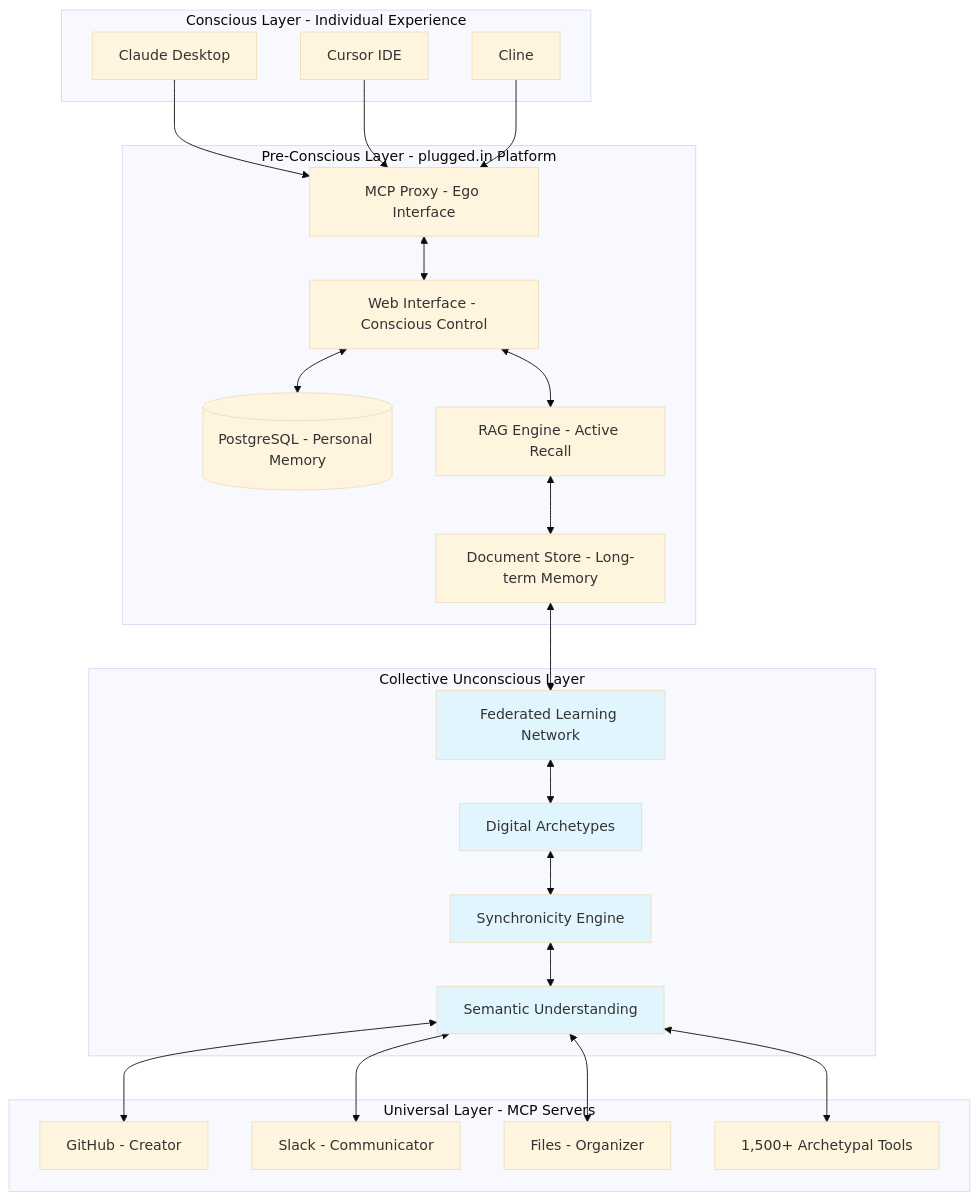
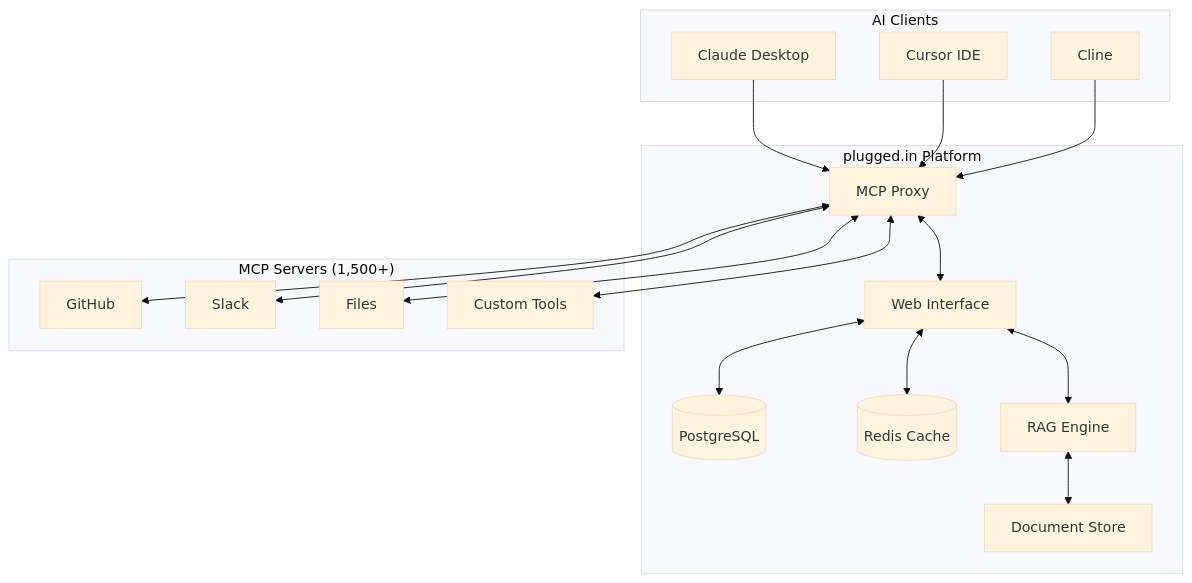
Before and after one commit to VeriTeknik/pluggedin-app: the diagram in README.md, drawn with Mermaid (base theme). The commit also changed other lines of this file, not shown here.

````diff
--- a/README.md
+++ b/README.md
@@ -177,46 +129,32 @@
 ```mermaid
 graph TB
-    subgraph "Conscious Layer - Individual Experience"
+    subgraph "AI Clients"
         C1[Claude Desktop]
         C2[Cursor IDE]
         C3[Cline]
     end
 
-    subgraph "Pre-Conscious Layer - plugged.in Platform"
-        PROXY[MCP Proxy - Ego Interface]
-        APP[Web Interface - Conscious Control]
-        DB[(PostgreSQL - Personal Memory)]
-        RAG[RAG Engine - Active Recall]
-        DOC[Document Store - Long-term Memory]
+    subgraph "plugged.in Platform"
+        PROXY[MCP Proxy]
+        APP[Web Interface]
+        DB[(PostgreSQL)]
+        REDIS[(Redis Cache)]
+        RAG[RAG Engine]
+        DOC[Document Store]
     end
 
-    subgraph "Collective Unconscious Layer"
-        COLLECTIVE[Federated Learning Network]
-        ARCHETYPES[Digital Archetypes]
-        SYNC[Synchronicity Engine]
-        SEMANTIC[Semantic Understanding]
-    end
-
-    subgraph "Universal Layer - MCP Servers"
-        S1[GitHub - Creator]
-        S2[Slack - Communicator]
-        S3[Files - Organizer]
-        S4[1,500+ Archetypal Tools]
+    subgraph "MCP Servers (1,500+)"
+        S1[GitHub]
+        S2[Slack]
+        S3[Files]
+        S4[Custom Tools]
     end
 
     C1 & C2 & C3 --> PROXY
     PROXY <--> APP
     APP <--> DB
+    APP <--> REDIS
     APP <--> RAG
     RAG <--> DOC
-    DOC <--> COLLECTIVE
-    COLLECTIVE <--> ARCHETYPES
-    ARCHETYPES <--> SYNC
-    SYNC <--> SEMANTIC
-    SEMANTIC <--> S1 & S2 & S3 & S4
-
-    style COLLECTIVE fill:#e1f5fe
-    style ARCHETYPES fill:#e1f5fe
-    style SYNC fill:#e1f5fe
-    style SEMANTIC fill:#e1f5fe
+    PROXY <--> S1 & S2 & S3 & S4
 ```
````
